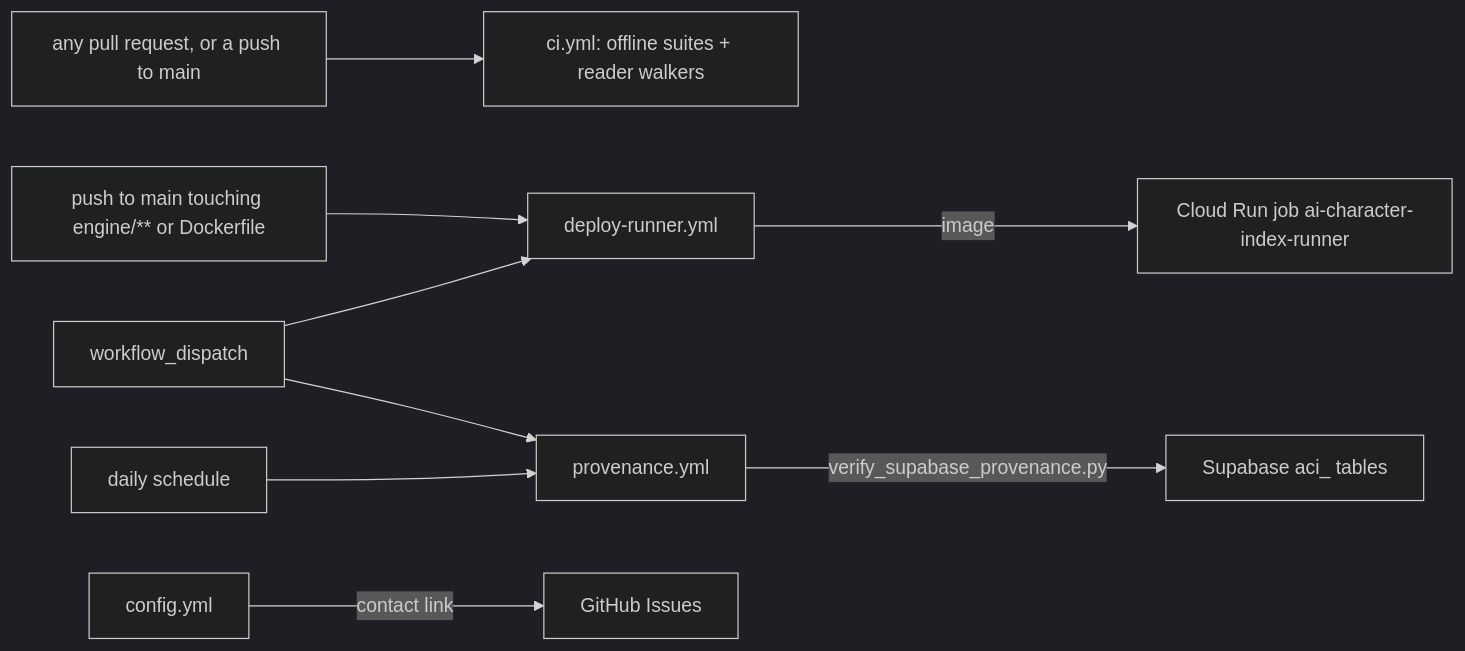
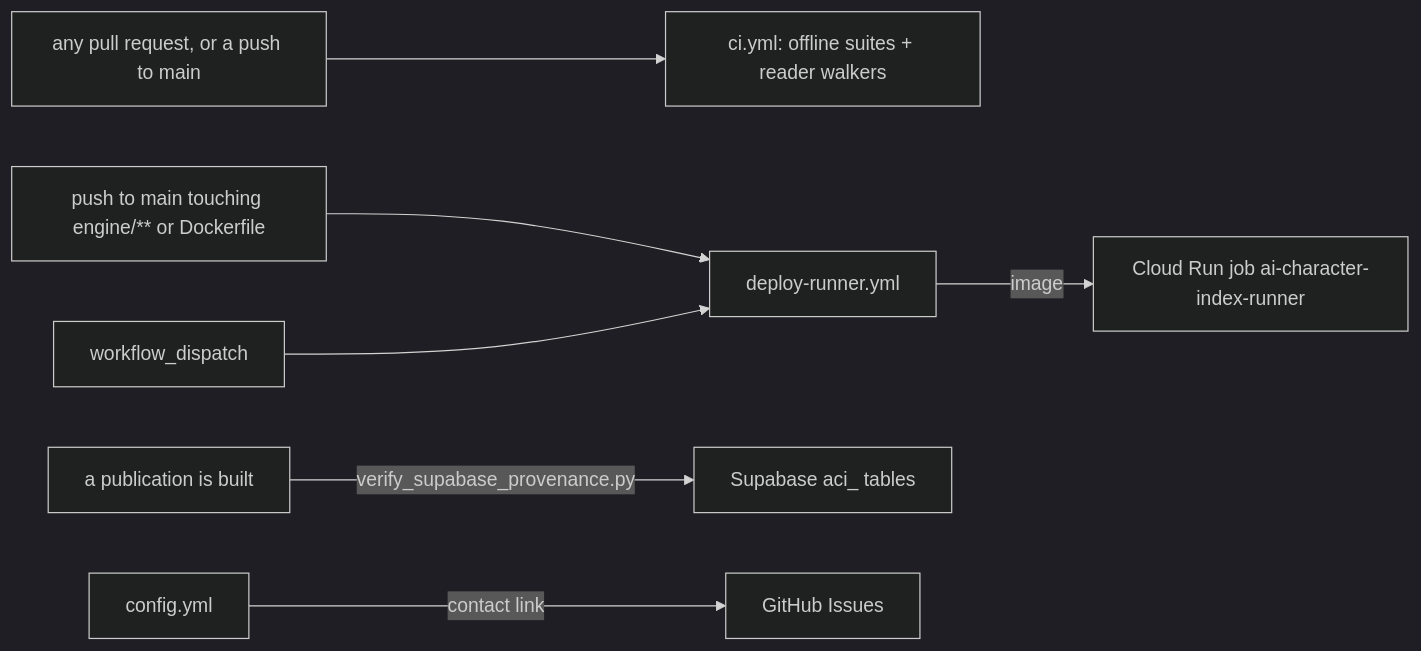
One commit to polariscollective/ai-character-index changed the diagram in .github/OVERVIEW.md. Above: the diagram before and after it, drawn with Mermaid (dark theme). The commit also changed other lines of this file and 12 other files, not shown here.

````diff
--- a/.github/OVERVIEW.md
+++ b/.github/OVERVIEW.md
@@ -25,11 +24,9 @@
 ```mermaid
 graph LR
   PRR["any pull request, or a push to main"] --> CI["ci.yml: offline suites + reader walkers"]
   PUSH["push to main touching engine/** or Dockerfile"] --> DR["deploy-runner.yml"]
   WD["workflow_dispatch"] --> DR
   DR -->|image| JOB["Cloud Run job ai-character-index-runner"]
-  CRON["daily schedule"] --> PROV["provenance.yml"]
-  WD --> PROV
-  PROV -->|"verify_supabase_provenance.py"| SB["Supabase aci_ tables"]
+  PUB["a publication is built"] -->|"verify_supabase_provenance.py"| SB["Supabase aci_ tables"]
   CFG["config.yml"] -->|contact link| GH["GitHub Issues"]
 ```
````
